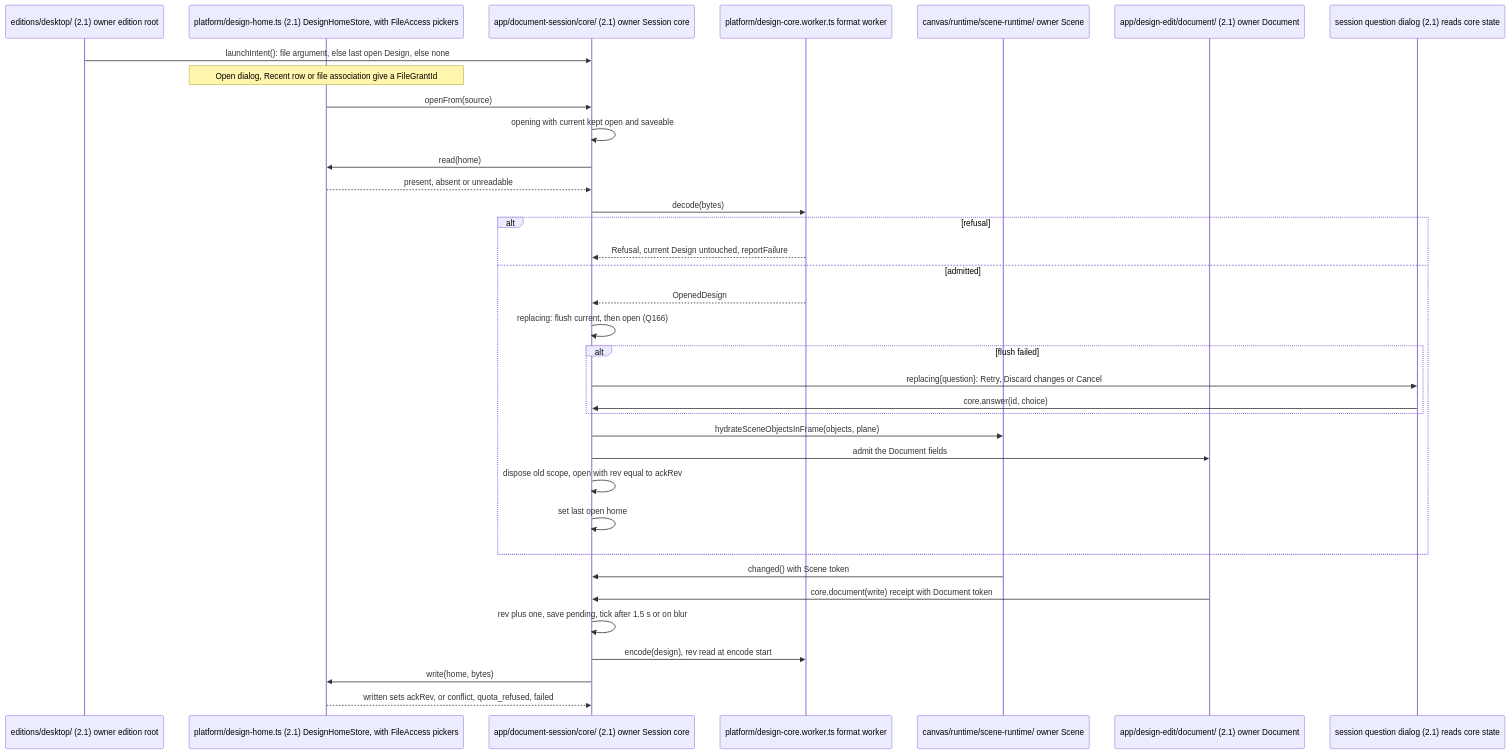
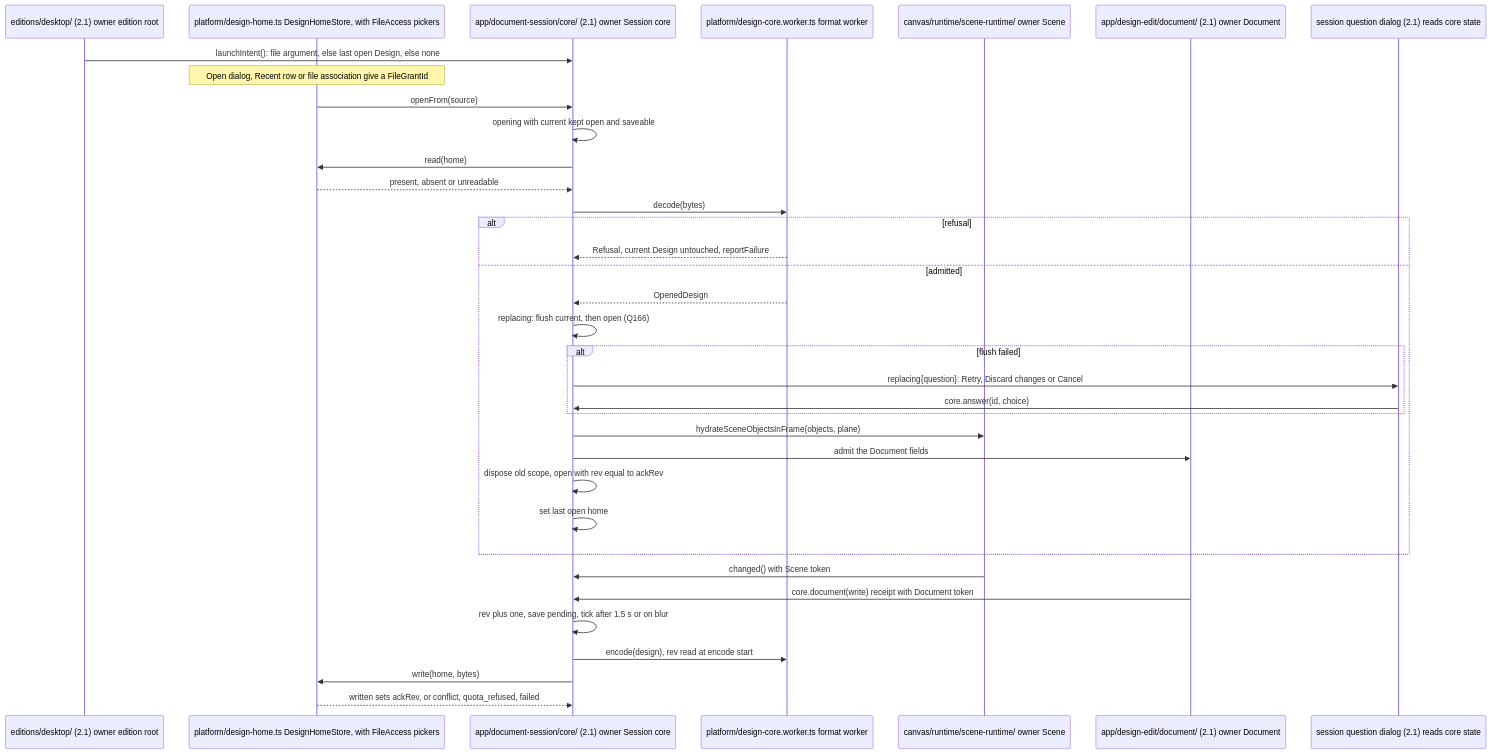
Before and after one commit to opencanopi/canopi: the first of 6 diagrams in docs/architecture/flows-document.md, drawn with Mermaid. The commit also changed 58 other files, not shown here.

````diff
--- a/docs/architecture/flows-document.md
+++ b/docs/architecture/flows-document.md
@@ -10,37 +10,37 @@
 ```mermaid
 sequenceDiagram
   participant Root as editions/desktop/ (2.1) owner edition root
-  participant Home as platform/design-home.ts (2.1) DesignHomeStore, with FileAccess pickers
+  participant Home as platform/design-home.ts DesignHomeStore, with FileAccess pickers
   participant Core as app/document-session/core/ (2.1) owner Session core
   participant Fmt as platform/design-core.worker.ts format worker
   participant Scene as canvas/runtime/scene-runtime/ owner Scene
   participant Doc as app/design-edit/document/ (2.1) owner Document
   participant Ask as session question dialog (2.1) reads core state
   Root->>Core: launchIntent(): file argument, else last open Design, else none
   Note over Home: Open dialog, Recent row or file association give a FileGrantId
   Home->>Core: openFrom(source)
   Core->>Core: opening with current kept open and saveable
   Core->>Home: read(home)
   Home-->>Core: present, absent or unreadable
   Core->>Fmt: decode(bytes)
   alt refusal
     Fmt-->>Core: Refusal, current Design untouched, reportFailure
   else admitted
     Fmt-->>Core: OpenedDesign
     Core->>Core: replacing: flush current, then open (Q166)
     alt flush failed
       Core->>Ask: replacing{question}: Retry, Discard changes or Cancel
       Ask->>Core: core.answer(id, choice)
     end
     Core->>Scene: hydrateSceneObjectsInFrame(objects, plane)
     Core->>Doc: admit the Document fields
     Core->>Core: dispose old scope, open with rev equal to ackRev
     Core->>Core: set last open home
   end
   Scene->>Core: changed() with Scene token
   Doc->>Core: core.document(write) receipt with Document token
   Core->>Core: rev plus one, save pending, tick after 1.5 s or on blur
   Core->>Fmt: encode(design), rev read at encode start
   Core->>Home: write(home, bytes)
   Home-->>Core: written sets ackRev, or conflict, quota_refused, failed
 ```
````
